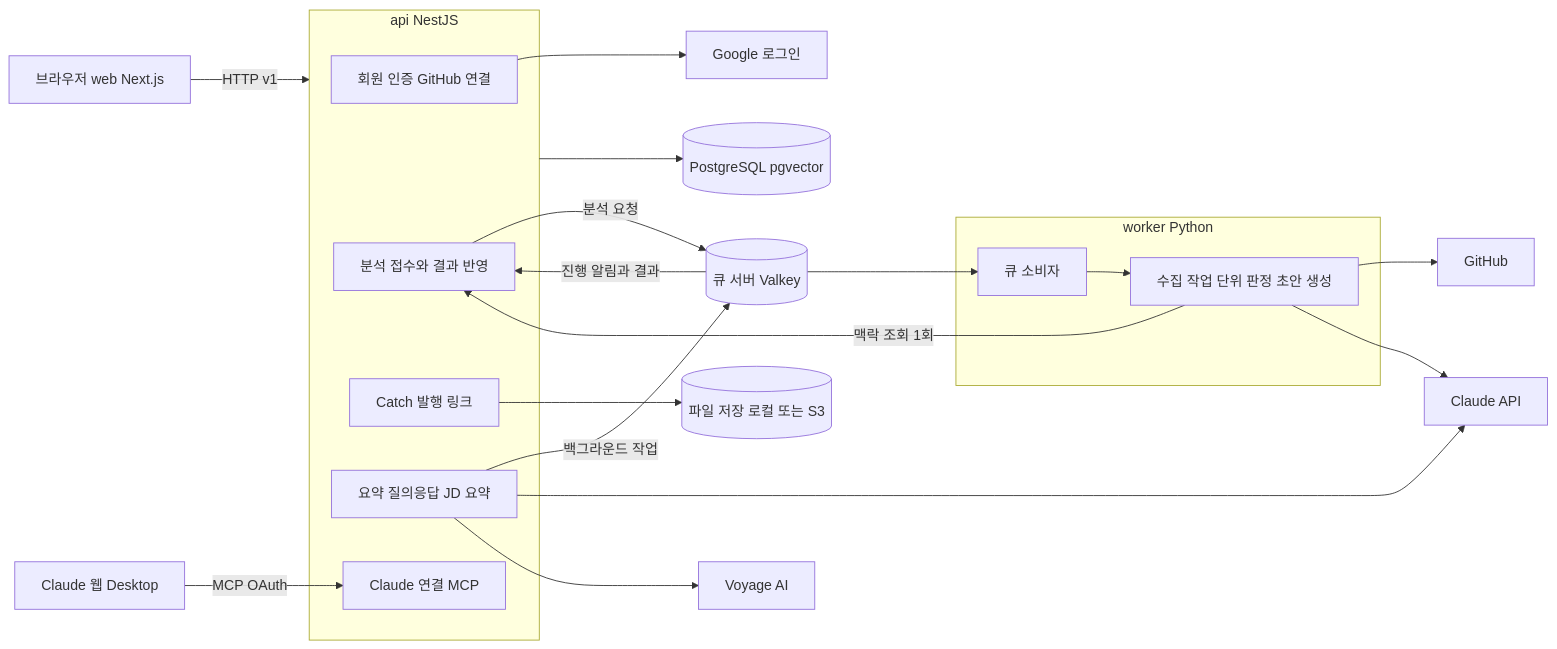
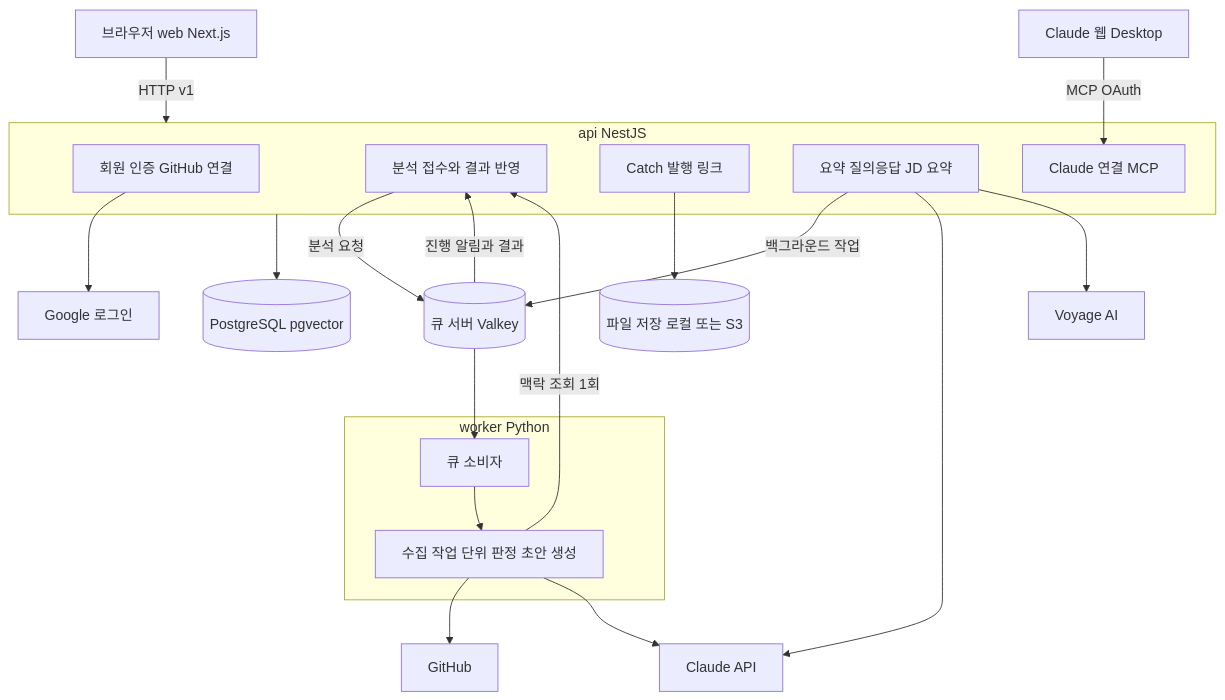
The diagram in docs/CatchU_결정과_근거.md (JminAILab/CatchU), drawn with Mermaid before and after one commit.

Commit message:
docs: 결정과 근거의 구성 그림을 위에서 아래로 그린다 — GitHub 화면 폭에서 글자가 작게 줄어 읽기 어려워서 (#568)

````diff
--- a/docs/CatchU_결정과_근거.md
+++ b/docs/CatchU_결정과_근거.md
@@ -56,39 +56,39 @@
 ```mermaid
-flowchart LR
+flowchart TB
   B["브라우저 web Next.js"]
   CD["Claude 웹 Desktop"]
   subgraph API["api NestJS"]
     A1["회원 인증 GitHub 연결"]
     A2["분석 접수와 결과 반영"]
     A3["Catch 발행 링크"]
     A4["요약 질의응답 JD 요약"]
     A5["Claude 연결 MCP"]
   end
   subgraph WK["worker Python"]
     W1["큐 소비자"]
     W2["수집 작업 단위 판정 초안 생성"]
   end
   DB[("PostgreSQL pgvector")]
   Q[("큐 서버 Valkey")]
   FS[("파일 저장 로컬 또는 S3")]
   GH["GitHub"]
   CL["Claude API"]
   VO["Voyage AI"]
   GO["Google 로그인"]
 
   B -->|"HTTP v1"| API
   CD -->|"MCP OAuth"| A5
   A1 --> GO
   API --> DB
   A3 --> FS
   A2 -->|"분석 요청"| Q
   Q -->|"진행 알림과 결과"| A2
   A4 -->|"백그라운드 작업"| Q
   A4 --> CL
   A4 --> VO
   Q --> W1
   W1 --> W2
   W2 -->|"맥락 조회 1회"| A2
   W2 --> GH
   W2 --> CL
 ```
````
